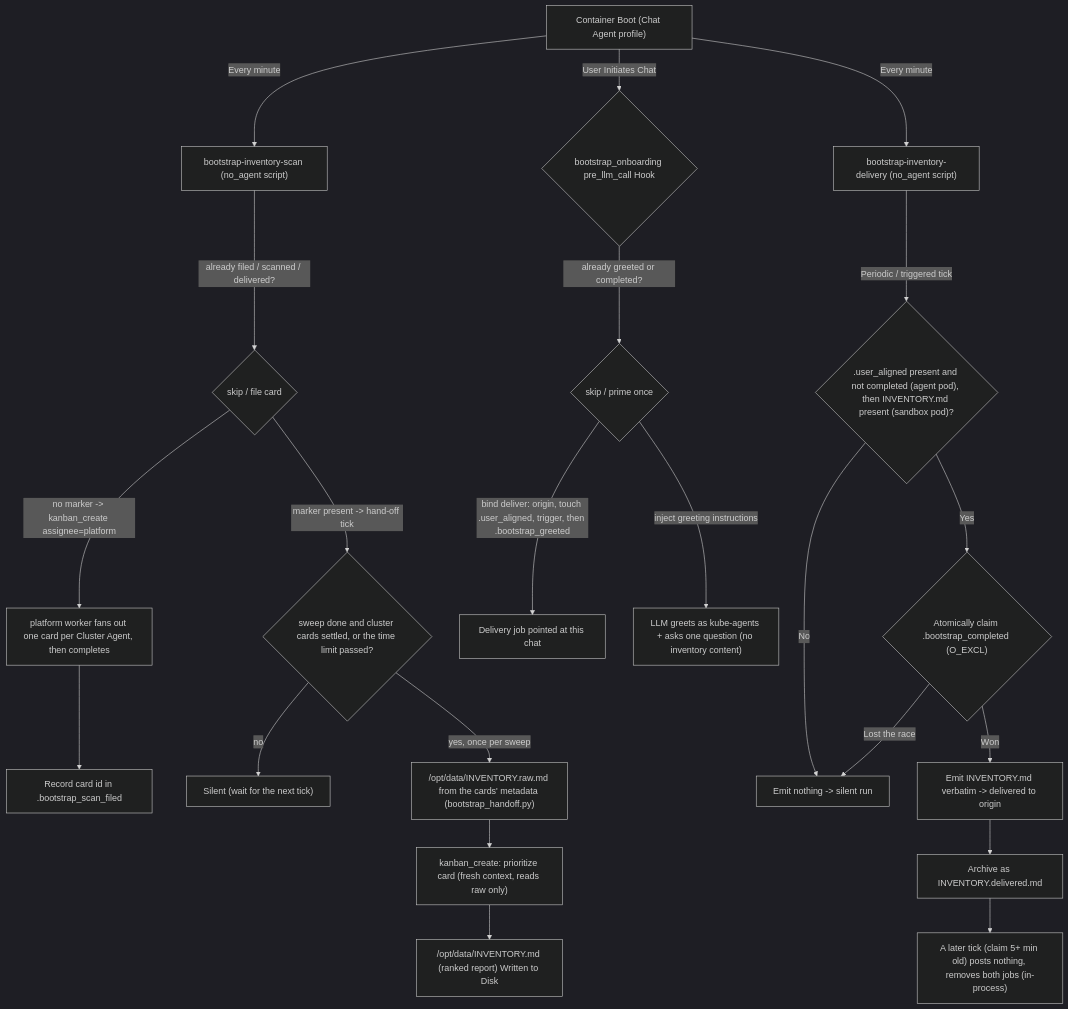
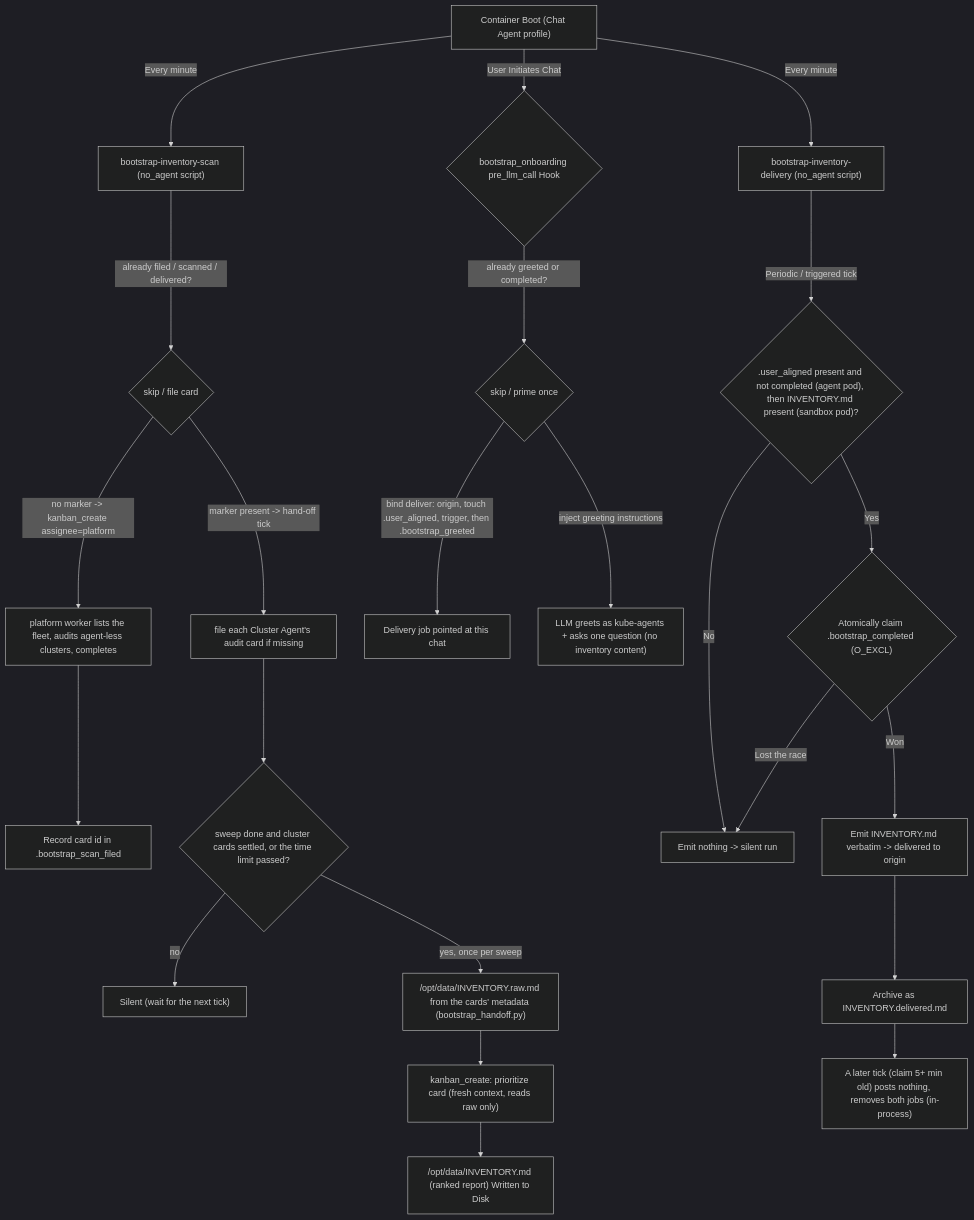
The first of 3 diagrams in agents/chat/defaults/plugins/bootstrap_onboarding/README.md (gke-labs/kube-agents), drawn with Mermaid (dark theme) before and after one commit. The commit also changed other lines of this file and 20 other files, not shown here.

First line of the commit message:
fix(onboarding): file the cluster audit cards from the gate

````diff
--- a/agents/chat/defaults/plugins/bootstrap_onboarding/README.md
+++ b/agents/chat/defaults/plugins/bootstrap_onboarding/README.md
@@ -50,27 +50,28 @@
 ```mermaid
 graph TD
     A["Container Boot (Chat Agent profile)"] -->|Every minute| B["bootstrap-inventory-scan (no_agent script)"]
     A -->|Every minute| C["bootstrap-inventory-delivery (no_agent script)"]
     A -->|User Initiates Chat| D{"bootstrap_onboarding pre_llm_call Hook"}
 
     B -->|already filed / scanned / delivered?| B2{"skip / file card"}
-    B2 -->|no marker -> kanban_create assignee=platform| P["platform worker fans out one card per Cluster Agent, then completes"]
+    B2 -->|no marker -> kanban_create assignee=platform| P["platform worker lists the fleet, audits agent-less clusters, completes"]
     P --> PM["Record card id in .bootstrap_scan_filed"]
-    B2 -->|marker present -> hand-off tick| HO{"sweep done and cluster cards settled, or the time limit passed?"}
+    B2 -->|marker present -> hand-off tick| HF["file each Cluster Agent's audit card if missing"]
+    HF --> HO{"sweep done and cluster cards settled, or the time limit passed?"}
     HO -->|no| F["Silent (wait for the next tick)"]
     HO -->|yes, once per sweep| R["/opt/data/INVENTORY.raw.md from the cards' metadata (bootstrap_handoff.py)"]
     R --> Q["kanban_create: prioritize card (fresh context, reads raw only)"]
     Q --> E["/opt/data/INVENTORY.md (ranked report) Written to Disk"]
 
     D -->|already greeted or completed?| DG{"skip / prime once"}
     DG -->|bind deliver: origin, touch .user_aligned, trigger, then .bootstrap_greeted| G["Delivery job pointed at this chat"]
     DG -->|inject greeting instructions| H["LLM greets as kube-agents + asks one question (no inventory content)"]
 
     C -->|Periodic / triggered tick| I{".user_aligned present and not completed (agent pod), then INVENTORY.md present (sandbox pod)?"}
     I -->|No| J["Emit nothing -> silent run"]
     I -->|Yes| CL{"Atomically claim .bootstrap_completed (O_EXCL)"}
     CL -->|Lost the race| J
     CL -->|Won| K["Emit INVENTORY.md verbatim -> delivered to origin"]
     K --> L["Archive as INVENTORY.delivered.md"]
     L --> RT["A later tick (claim 5+ min old) posts nothing, removes both jobs (in-process)"]
 ```
````
